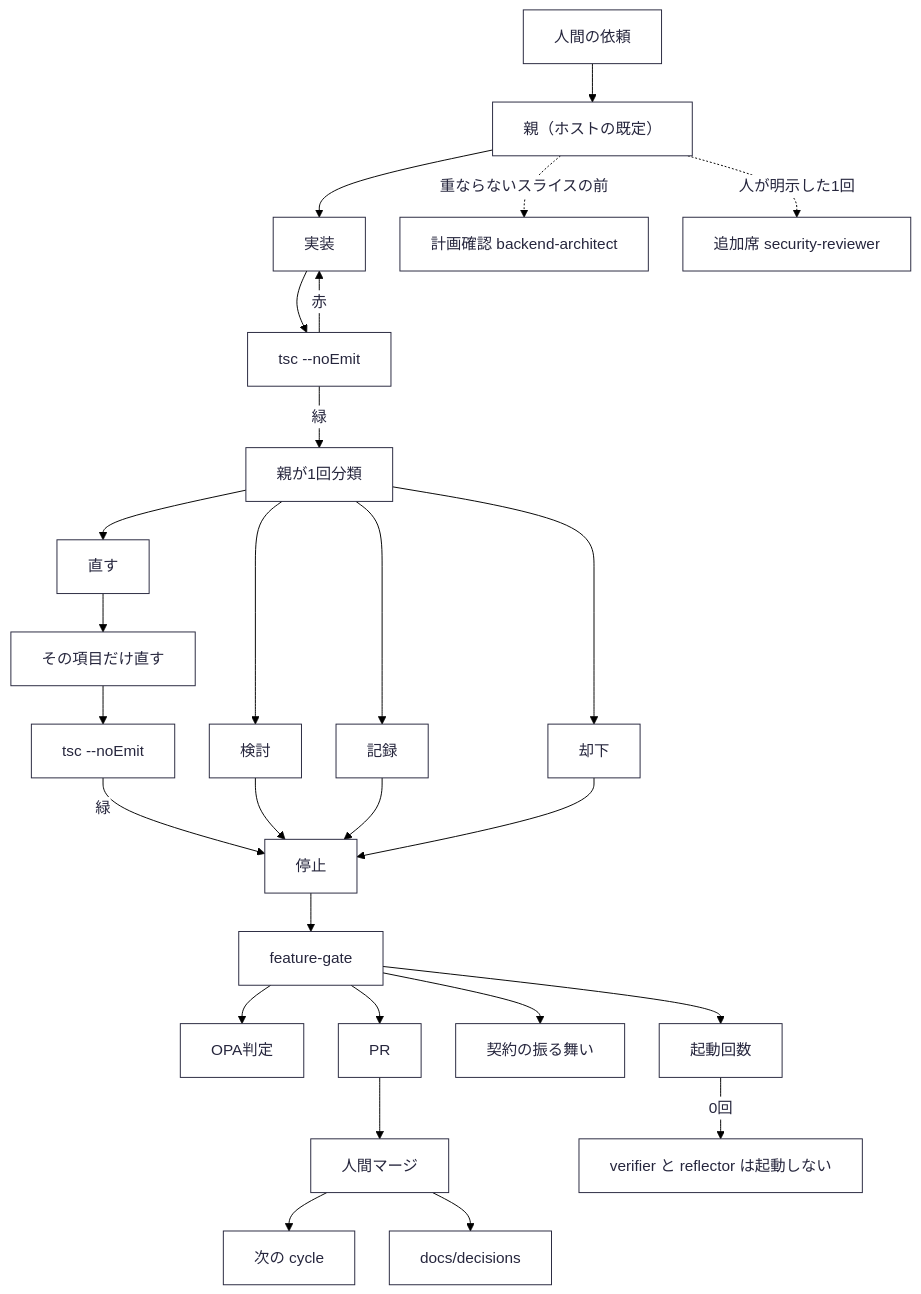
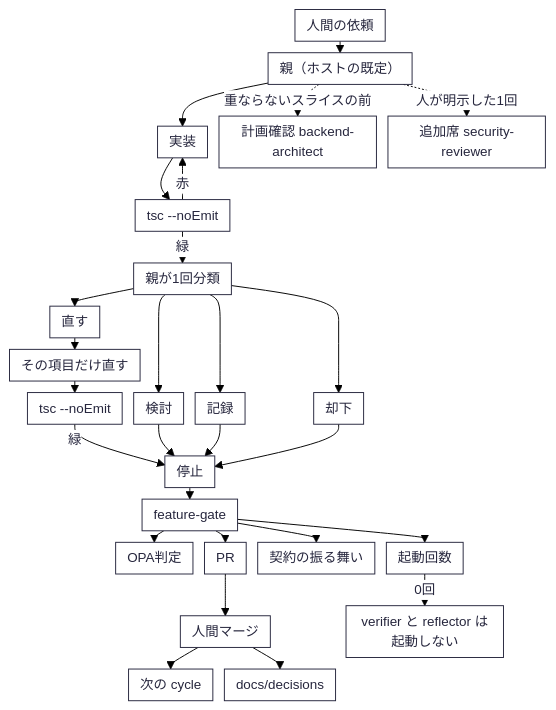
Before and after one commit to marumo333/SuiteLLM: the diagram in docs/architecture/review-overview.mmd, drawn with Mermaid. The commit also changed 16 other files, not shown here.

First line of the commit message:
feat: クラウド起動の初期化を入口図に載せる

```diff
--- a/docs/architecture/review-overview.mmd
+++ b/docs/architecture/review-overview.mmd
@@ -1,28 +1,28 @@
-%%{init: {"theme":"base","themeVariables":{"background":"#ffffff","primaryColor":"#ffffff","primaryTextColor":"#26263d","primaryBorderColor":"#26263d","lineColor":"#000000","textColor":"#26263d","mainBkg":"#ffffff","nodeBorder":"#26263d","clusterBkg":"#ffffff","clusterBorder":"#26263d","titleColor":"#26263d","edgeLabelBackground":"#ffffff","fontFamily":"WenQuanYi Micro Hei, sans-serif","fontSize":"16px"},"themeCSS":".node rect,.node polygon,.node circle,.node ellipse{filter:drop-shadow(4px 4px 0 #f0f0f0);stroke:#26263d;stroke-width:2px;fill:#ffffff}.cluster rect{fill:#ffffff;stroke:#26263d;stroke-width:1.5px}.flowchart-link{stroke:#000000;stroke-width:2px}.edge-thickness-thick{stroke-width:3.5px}.edge-pattern-dashed,.edge-pattern-dotted{stroke-dasharray:12 8}","flowchart":{"useMaxWidth":false,"htmlLabels":true,"wrappingWidth":320,"padding":16,"nodeSpacing":36,"rankSpacing":40,"diagramPadding":28,"curve":"basis"}}}%%
+%%{init: {"theme":"base","themeVariables":{"background":"#ffffff","primaryColor":"#ffffff","primaryTextColor":"#26263d","primaryBorderColor":"#26263d","lineColor":"#000000","textColor":"#26263d","mainBkg":"#ffffff","nodeBorder":"#26263d","clusterBkg":"#ffffff","clusterBorder":"#26263d","titleColor":"#26263d","edgeLabelBackground":"#ffffff","fontFamily":"WenQuanYi Micro Hei, sans-serif","fontSize":"14px"},"themeCSS":".node rect,.node polygon,.node circle,.node ellipse{filter:drop-shadow(3px 3px 0 #f0f0f0);stroke:#26263d;stroke-width:1.5px;fill:#ffffff}.cluster rect{fill:#ffffff;stroke:#26263d;stroke-width:1px}.flowchart-link{stroke:#000000;stroke-width:1.5px}.edge-thickness-thick{stroke-width:2.5px}.edge-pattern-dashed,.edge-pattern-dotted{stroke-dasharray:12 8}","flowchart":{"useMaxWidth":false,"htmlLabels":true,"wrappingWidth":140,"padding":6,"nodeSpacing":12,"rankSpacing":12,"diagramPadding":12,"curve":"basis"}}}%%
 flowchart TB
   H["人間の依頼"] --> G["親（ホストの既定）"]
   G --> IMP["実装"]
   IMP --> NE["tsc --noEmit"]
   NE -->|赤| IMP
   NE -->|緑| CLS["親が1回分類"]
   CLS --> FIX["直す"]
   CLS --> HOLD["検討"]
   CLS --> NOTE["記録"]
   CLS --> DROP["却下"]
   FIX --> EDIT["その項目だけ直す"]
   EDIT --> NE2["tsc --noEmit"]
   NE2 -->|緑| STOP["停止"]
   HOLD --> STOP
   NOTE --> STOP
   DROP --> STOP
   STOP --> FG["feature-gate"]
   FG --> OPA["OPA判定"]
   FG --> CAP["起動回数"]
   FG --> BEH["契約の振る舞い"]
   FG --> PR["PR"]
   PR --> HM["人間マージ"]
   HM --> CY["次の cycle"]
   HM --> DC["docs/decisions"]
   G -.->|重ならないスライスの前| BA["計画確認 backend-architect"]
   G -.->|人が明示した1回| SR["追加席 security-reviewer"]
   CAP -->|0回| OFF["verifier と reflector は起動しない"]
```
